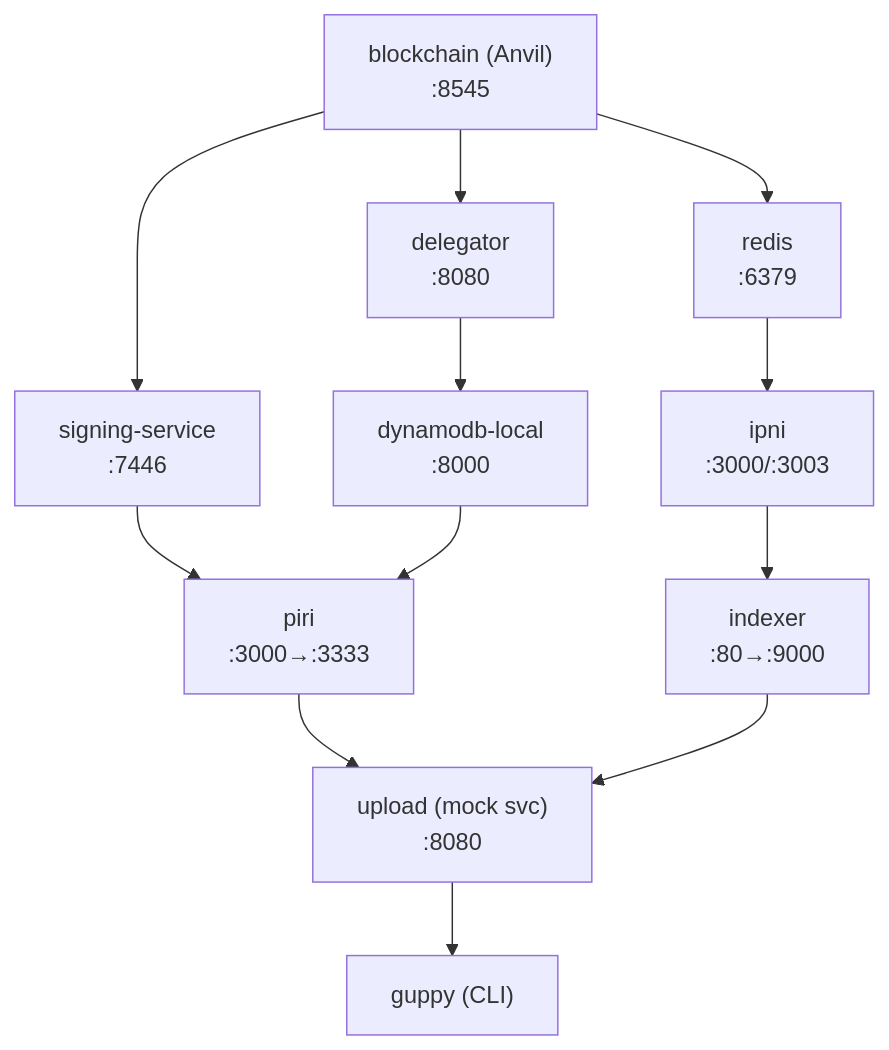
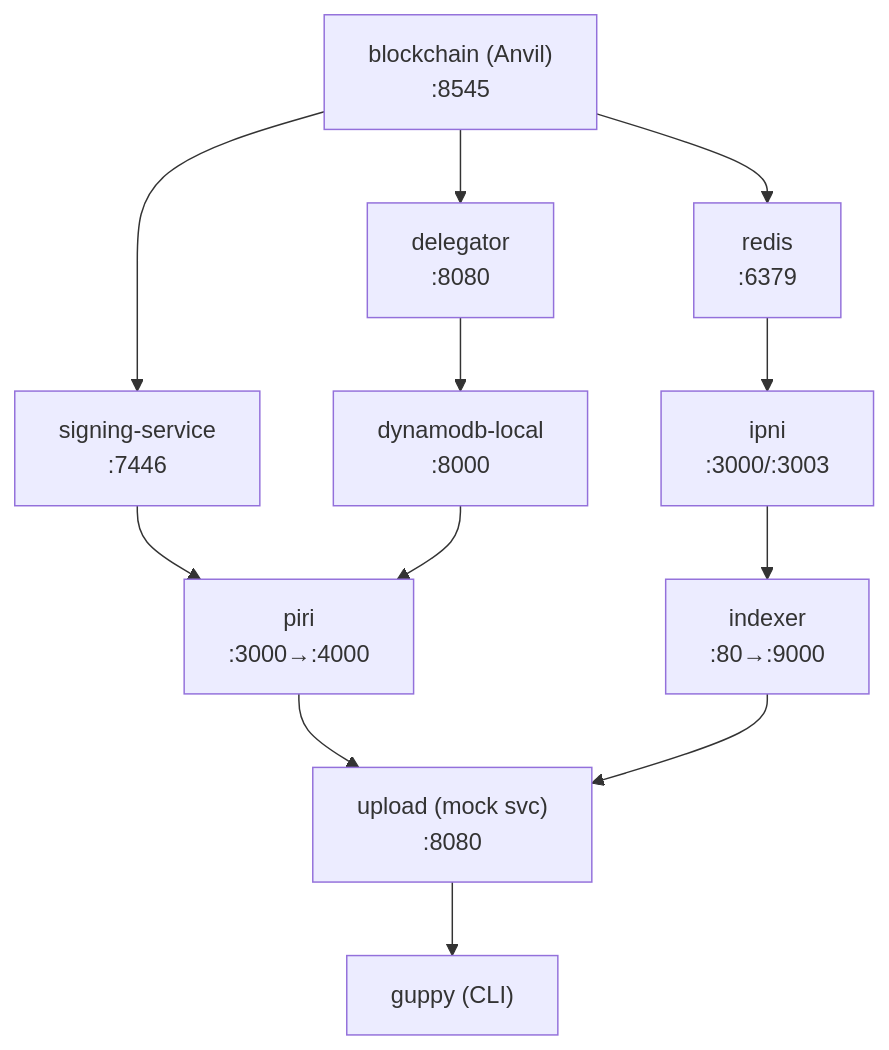
One commit to fil-forge/forge changed the first of 12 diagrams in smelt/docs/ARCHITECTURE.md. Above: the diagram before and after it, drawn with Mermaid. The commit also changed other lines of this file and 15 other files, not shown here.

````diff
--- a/smelt/docs/ARCHITECTURE.md
+++ b/smelt/docs/ARCHITECTURE.md
@@ -59,20 +59,20 @@
 ```mermaid
 flowchart TB
     blockchain["blockchain (Anvil)<br/>:8545"]
 
     blockchain --> signing["signing-service<br/>:7446"]
     blockchain --> delegator["delegator<br/>:8080"]
     blockchain --> redis["redis<br/>:6379"]
 
     delegator --> dynamodb["dynamodb-local<br/>:8000"]
     redis --> ipni["ipni<br/>:3000/:3003"]
 
-    signing --> piri["piri<br/>:3000→:3333"]
+    signing --> piri["piri<br/>:3000→:4000"]
     dynamodb --> piri
     ipni --> indexer["indexer<br/>:80→:9000"]
 
     piri --> upload["upload (mock svc)<br/>:8080"]
     indexer --> upload
 
     upload --> guppy["guppy (CLI)"]
 ```
````
